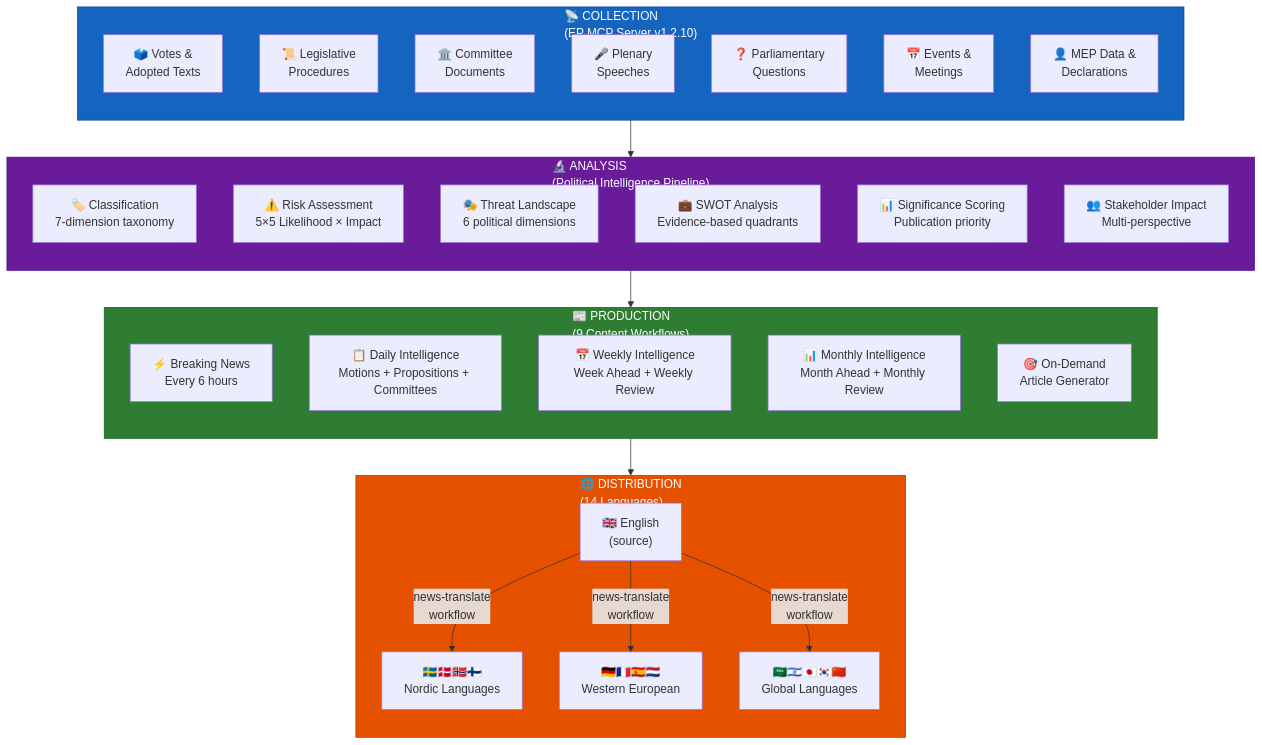
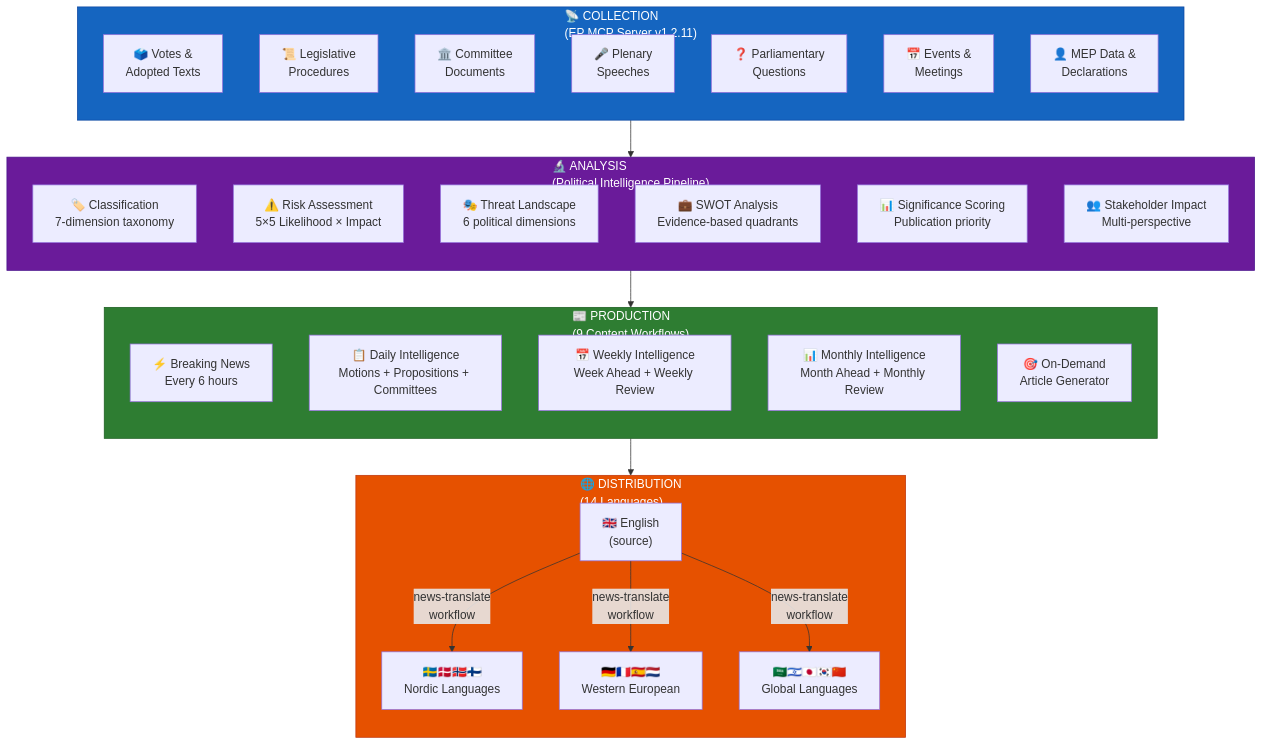
Diagram 19 of 22 in WORKFLOWS.md (Hack23/euparliamentmonitor), drawn with Mermaid before and after one commit. The commit also changed other lines of this file and 50 other files, not shown here.

````diff
--- a/WORKFLOWS.md
+++ b/WORKFLOWS.md
@@ -1742,48 +1742,48 @@
 ```mermaid
 flowchart TD
-    subgraph Collection["📡 COLLECTION<br/>(EP MCP Server v1.2.10)"]
+    subgraph Collection["📡 COLLECTION<br/>(EP MCP Server v1.2.11)"]
         direction TB
         C1["🗳️ Votes &<br/>Adopted Texts"]
         C2["📜 Legislative<br/>Procedures"]
         C3["🏛️ Committee<br/>Documents"]
         C4["🎤 Plenary<br/>Speeches"]
         C5["❓ Parliamentary<br/>Questions"]
         C6["📅 Events &<br/>Meetings"]
         C7["👤 MEP Data &<br/>Declarations"]
     end
 
     subgraph Analysis["🔬 ANALYSIS<br/>(Political Intelligence Pipeline)"]
         direction TB
         A1["🏷️ Classification<br/>7-dimension taxonomy"]
         A2["⚠️ Risk Assessment<br/>5×5 Likelihood × Impact"]
         A3["🎭 Threat Landscape<br/>6 political dimensions"]
         A4["💼 SWOT Analysis<br/>Evidence-based quadrants"]
         A5["📊 Significance Scoring<br/>Publication priority"]
         A6["👥 Stakeholder Impact<br/>Multi-perspective"]
     end
 
     subgraph Production["📰 PRODUCTION<br/>(9 Content Workflows)"]
         direction TB
         P1["⚡ Breaking News<br/>Every 6 hours"]
         P2["📋 Daily Intelligence<br/>Motions + Propositions + Committees"]
         P3["📅 Weekly Intelligence<br/>Week Ahead + Weekly Review"]
         P4["📊 Monthly Intelligence<br/>Month Ahead + Monthly Review"]
         P5["🎯 On-Demand<br/>Article Generator"]
     end
 
     subgraph Distribution["🌐 DISTRIBUTION<br/>(14 Languages)"]
         direction TB
         D1["🇬🇧 English<br/>(source)"]
         D2["🇸🇪🇩🇰🇳🇴🇫🇮<br/>Nordic Languages"]
         D3["🇩🇪🇫🇷🇪🇸🇳🇱<br/>Western European"]
         D4["🇸🇦🇮🇱🇯🇵🇰🇷🇨🇳<br/>Global Languages"]
     end
 
     Collection --> Analysis --> Production --> D1
     D1 --> |"news-translate<br/>workflow"| D2 & D3 & D4
 
     style Collection fill:#1565C0,stroke:#0D47A1,color:#FFFFFF
     style Analysis fill:#6A1B9A,stroke:#4A148C,color:#FFFFFF
     style Production fill:#2E7D32,stroke:#1B5E20,color:#FFFFFF
     style Distribution fill:#E65100,stroke:#BF360C,color:#FFFFFF
 ```
````
